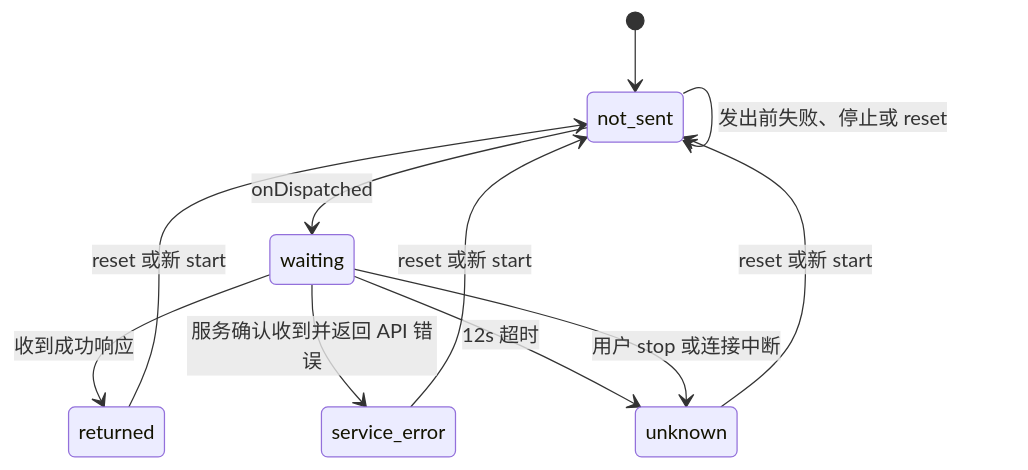
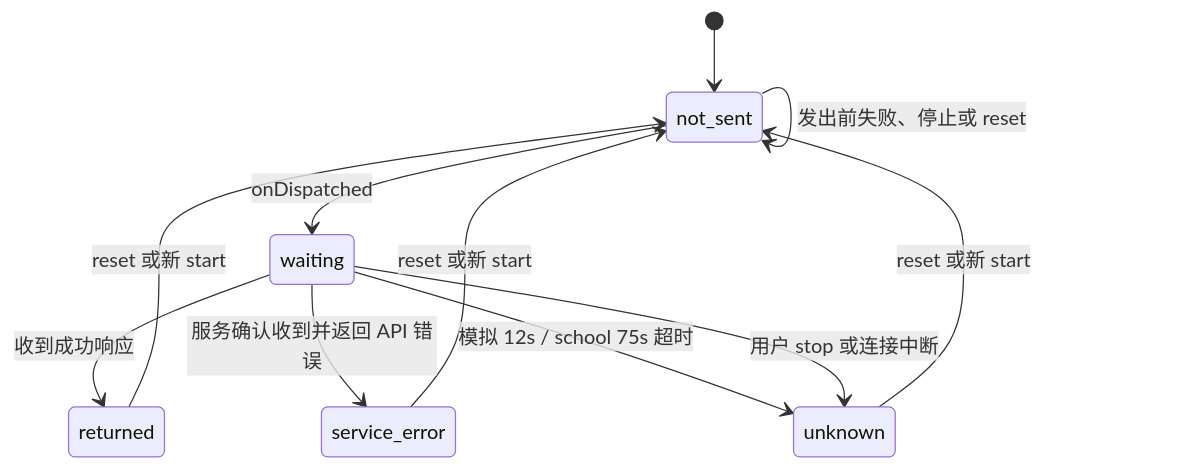
Before and after one commit to 114August514/campus-lumen: the fourth of 4 diagrams in docs/project/detailed-design.md, drawn with Mermaid. The commit also changed other lines of this file and 38 other files, not shown here.

````diff
--- a/docs/project/detailed-design.md
+++ b/docs/project/detailed-design.md
@@ -275,13 +276,13 @@
 ```mermaid
 stateDiagram-v2
   [*] --> not_sent
   not_sent --> waiting: onDispatched
   not_sent --> not_sent: 发出前失败、停止或 reset
   waiting --> returned: 收到成功响应
   waiting --> service_error: 服务确认收到并返回 API 错误
-  waiting --> unknown: 12s 超时
+  waiting --> unknown: 模拟 12s / school 75s 超时
   waiting --> unknown: 用户 stop 或连接中断
   returned --> not_sent: reset 或新 start
   service_error --> not_sent: reset 或新 start
   unknown --> not_sent: reset 或新 start
 ```
````
